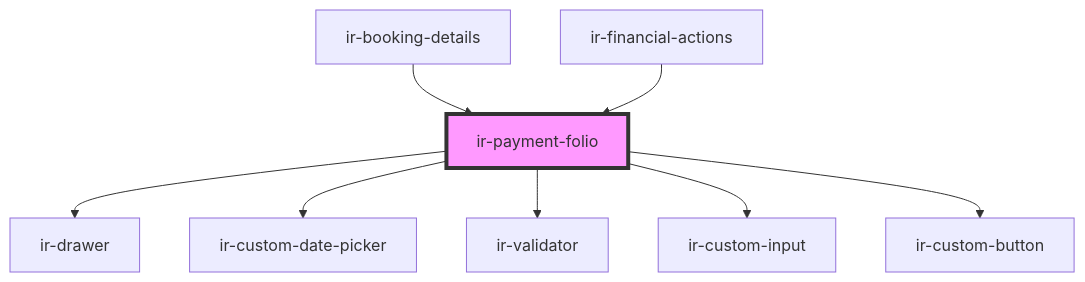
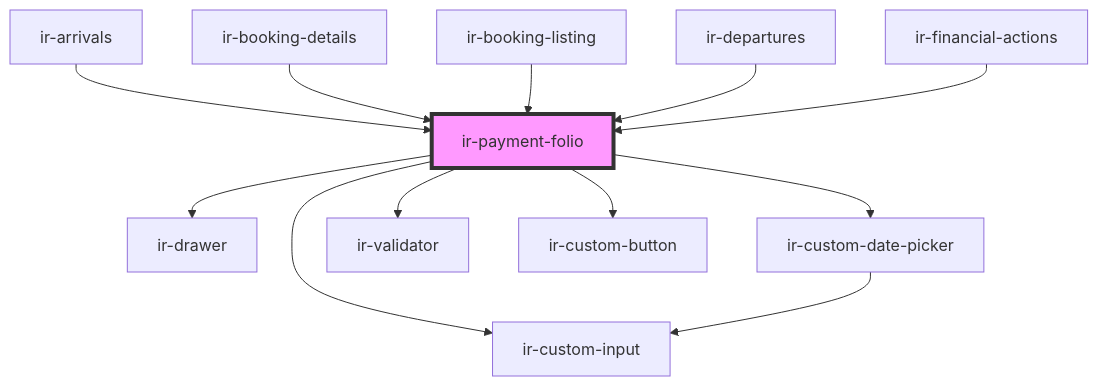
The diagram in src/components/ir-booking-details/ir-payment-details/ir-payment-folio/readme.md (David1Chowaifaty/modified-ir-webcmp), drawn with Mermaid before and after one commit. The commit also changed other lines of this file and 77 other files, not shown here.

````diff
--- a/src/components/ir-booking-details/ir-payment-details/ir-payment-folio/readme.md
+++ b/src/components/ir-booking-details/ir-payment-details/ir-payment-folio/readme.md
@@ -66,11 +69,15 @@
 ```mermaid
 graph TD;
   ir-payment-folio --> ir-drawer
   ir-payment-folio --> ir-custom-date-picker
   ir-payment-folio --> ir-validator
   ir-payment-folio --> ir-custom-input
   ir-payment-folio --> ir-custom-button
+  ir-custom-date-picker --> ir-custom-input
+  ir-arrivals --> ir-payment-folio
   ir-booking-details --> ir-payment-folio
+  ir-booking-listing --> ir-payment-folio
+  ir-departures --> ir-payment-folio
   ir-financial-actions --> ir-payment-folio
   style ir-payment-folio fill:#f9f,stroke:#333,stroke-width:4px
 ```
````
